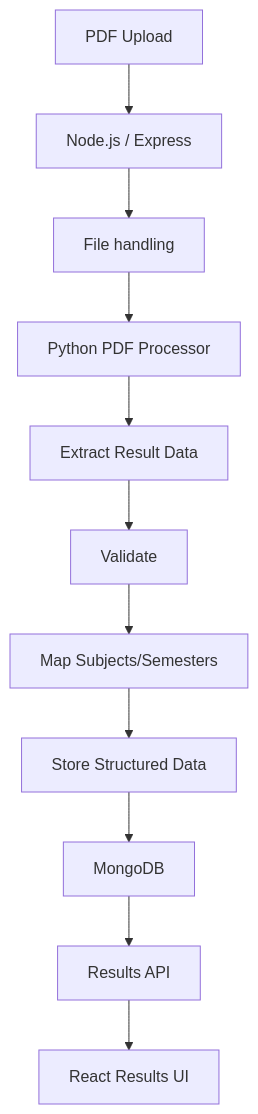
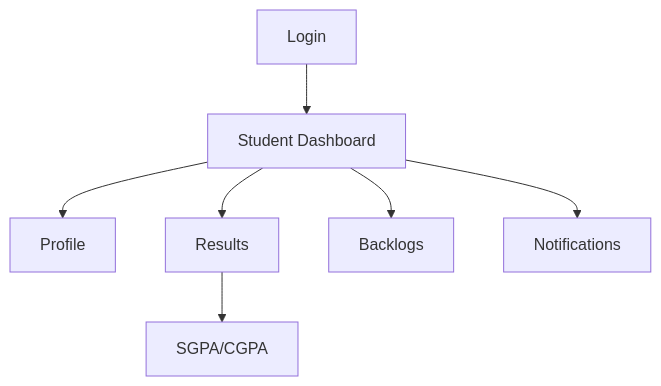
Before and after one commit to Ravi4348/Student-Academic-Management-System: the seventh of 11 diagrams in README.md, drawn with Mermaid. The commit also changed other lines of this file and 46 other files, not shown here.

````diff
--- a/README.md
+++ b/README.md
@@ -214,25 +228,17 @@
 ```mermaid
 flowchart TD
-    PDFUpload["PDF Upload"]
-    NodeExpress["Node.js / Express"]
-    FileHandling["File handling"]
-    PythonProcessor["Python PDF Processor"]
-    ExtractData["Extract Result Data"]
-    Validate["Validate"]
-    MapSubjects["Map Subjects/Semesters"]
-    StoreData["Store Structured Data"]
-    MongoDB["MongoDB"]
-    ResultsAPI["Results API"]
-    ReactUI["React Results UI"]
+    StudentLogin["Login"]
+    Dashboard["Student Dashboard"]
+    Profile["Profile"]
+    Results["Results"]
+    SGPA["SGPA/CGPA"]
+    Backlogs["Backlogs"]
+    Notifications["Notifications"]
 
-    PDFUpload --> NodeExpress
-    NodeExpress --> FileHandling
-    FileHandling --> PythonProcessor
-    PythonProcessor --> ExtractData
-    ExtractData --> Validate
-    Validate --> MapSubjects
-    MapSubjects --> StoreData
-    StoreData --> MongoDB
-    MongoDB --> ResultsAPI
-    ResultsAPI --> ReactUI
+    StudentLogin --> Dashboard
+    Dashboard --> Profile
+    Dashboard --> Results
+    Results --> SGPA
+    Dashboard --> Backlogs
+    Dashboard --> Notifications
 ```
````
